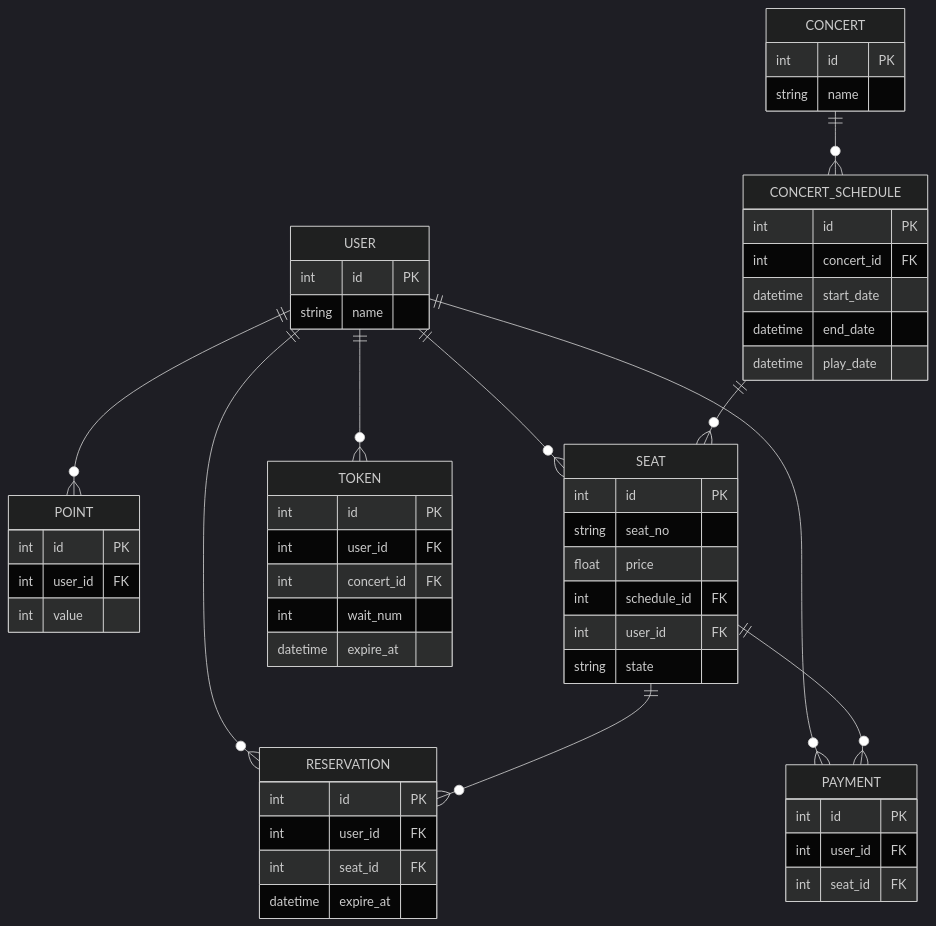
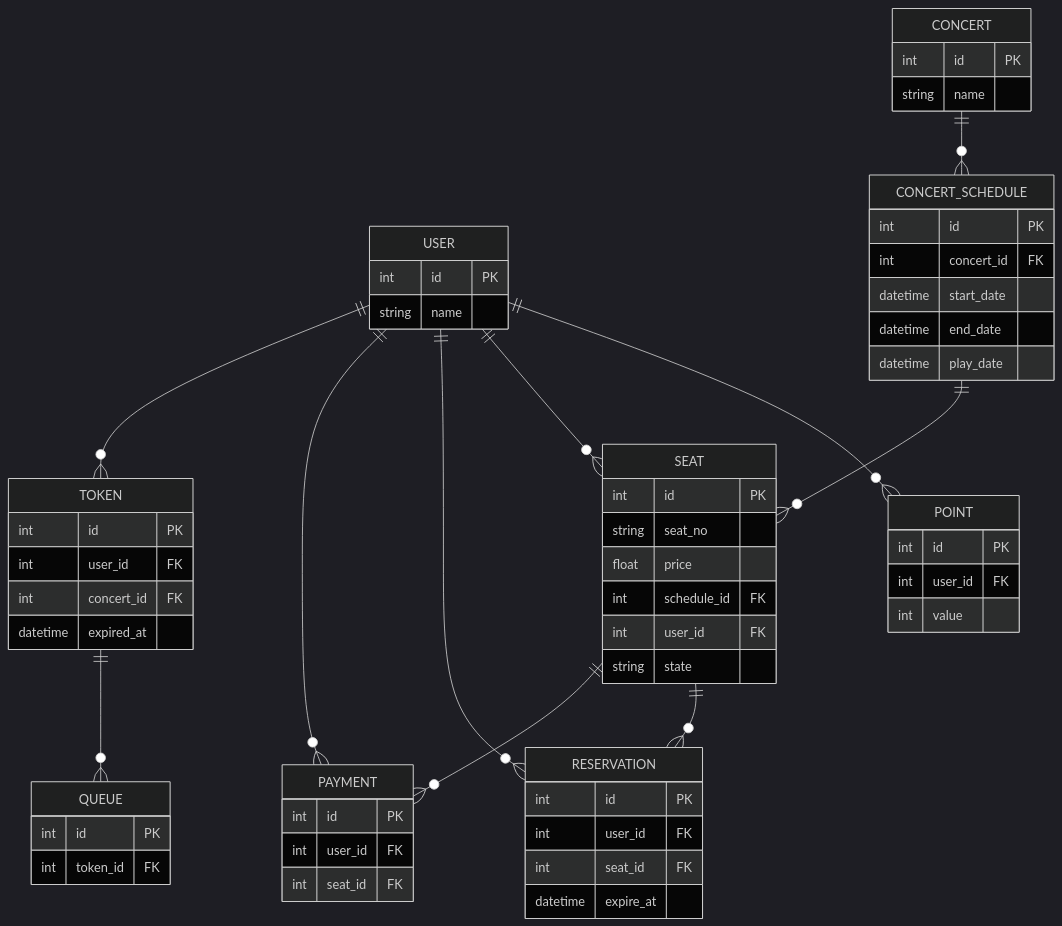
One commit to woodogyun/hhplus-concert changed the diagram in docs/erd/erd.md. Above: the diagram before and after it, drawn with Mermaid (dark theme). The commit also changed other lines of this file and 1 other file, not shown here.

Commit message:
docs: erd 수정 및 ddl 추가 #1

````diff
--- a/docs/erd/erd.md
+++ b/docs/erd/erd.md
@@ -1,69 +2,75 @@
 ```mermaid
 erDiagram
     USER {
         int id PK
         string name
     }
 
     POINT {
         int id PK
         int user_id FK
         int value
     }
 
     CONCERT {
         int id PK
         string name
     }
 
     CONCERT_SCHEDULE {
         int id PK
         int concert_id FK
         datetime start_date
         datetime end_date
         datetime play_date
     }
 
     SEAT {
         int id PK
         string seat_no
         float price
         int schedule_id FK
         int user_id FK
         string state
     }
 
     RESERVATION {
         int id PK
         int user_id FK
         int seat_id FK
         datetime expire_at
     }
 
     PAYMENT {
         int id PK
         int user_id FK
         int seat_id FK
     }
 
     TOKEN {
         int id PK
         int user_id FK
         int concert_id FK
-        int wait_num
-        datetime expire_at
+        datetime expired_at
+    }
+
+    QUEUE {
+        int id PK
+        int token_id FK
     }
 
     USER ||--o{ POINT : ""
     USER ||--o{ SEAT : ""
     USER ||--o{ RESERVATION : ""
     USER ||--o{ PAYMENT : ""
     USER ||--o{ TOKEN : ""
 
     CONCERT ||--o{ CONCERT_SCHEDULE : ""
 
     CONCERT_SCHEDULE ||--o{ SEAT : ""
 
     SEAT ||--o{ RESERVATION : ""
     SEAT ||--o{ PAYMENT : ""
+
+    TOKEN ||--o{ QUEUE : ""
 ```
````
